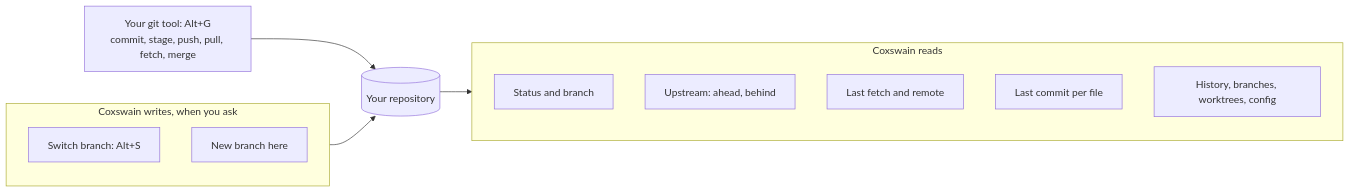
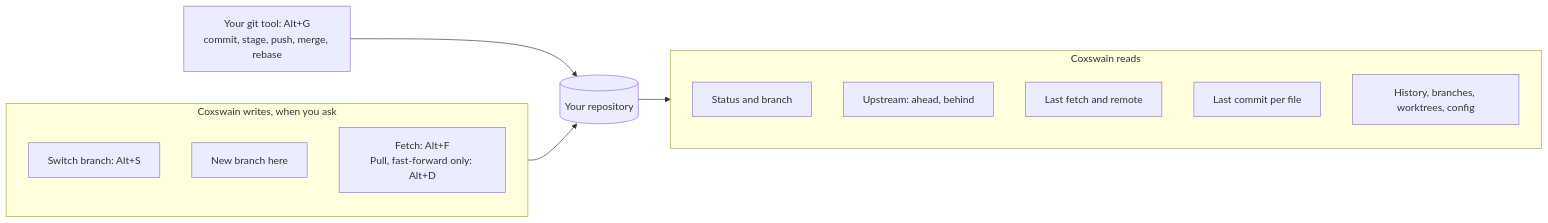
One commit to mwo-dk/coxswain changed the diagram in docs/panels/git.md. Above: the diagram before and after it, drawn with Mermaid. The commit also changed other lines of this file and 67 other files, not shown here.

First line of the commit message:
Fetch and Pull (fast-forward only) in both apps: Alt+F and Alt+D, for git, Mercurial and Jujutsu; Pull updates Subversion and CVS; hostile repositories refused (#655)

````diff
--- a/docs/panels/git.md
+++ b/docs/panels/git.md
@@ -59,19 +63,20 @@
 ```mermaid
 flowchart LR
     repo[("Your repository")]
     subgraph reads["Coxswain reads"]
         r1["Status and branch"]
         r2["Upstream: ahead, behind"]
         r3["Last fetch and remote"]
         r4["Last commit per file"]
         r5["History, branches, worktrees, config"]
     end
     subgraph writes["Coxswain writes, when you ask"]
         w1["Switch branch: Alt+S"]
         w2["New branch here"]
+        w3["Fetch: Alt+F<br/>Pull, fast-forward only: Alt+D"]
     end
-    tool["Your git tool: Alt+G<br/>commit, stage, push, pull, fetch, merge"]
+    tool["Your git tool: Alt+G<br/>commit, stage, push, merge, rebase"]
     repo --> reads
     writes --> repo
     tool --> repo
 ```
````
